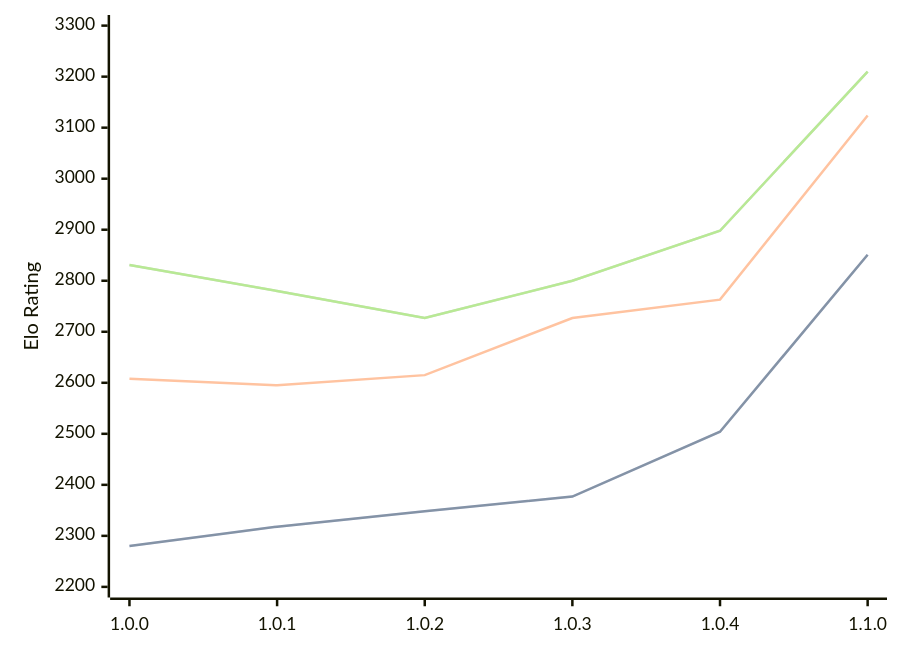
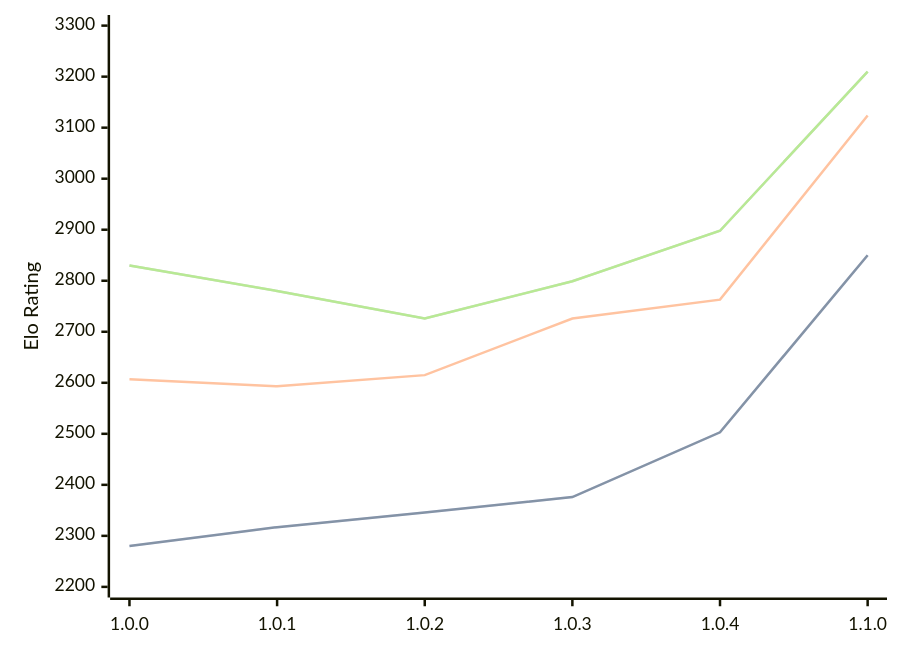
The diagram in engines/Grail.md (computer-chess-index/cci), drawn with Mermaid before and after one commit. The commit also changed other lines of this file, not shown here.

Commit message:
Update CCI Ratings (ELO VLTC) - 2026-03-09

````diff
--- a/engines/Grail.md
+++ b/engines/Grail.md
@@ -34,11 +34,11 @@
 ```mermaid
 %%{init: {"theme":"base","themeVariables":{"seriesColors:['#a3a3a3','#222221','#faa371']}}}%%
 xychart-beta
   x-axis ["1.0.0", "1.0.1", "1.0.2", "1.0.3", "1.0.4", "1.1.0"]
   y-axis "Elo Rating" 2200 --> 3300
-  line "STC (8.0+0.08s)" [2280, 2318, 2348, 2377, 2504, 2851]
-  line "STC (8.0+0.08s)" [2280, 2318, 2348, 2377, 2504, 2851]
-  line "LTC (60.0+0.60s)" [2608, 2595, 2615, 2727, 2763, 3124]
-  line "VLTC (2m24s+1.12s)" [2831, 2780, 2727, 2800, 2898, 3210]
-  line "VLTC (2m24s+1.12s)" [2831, 2780, 2727, 2800, 2898, 3210]
+  line "STC (8.0+0.08s)" [2280, 2317, 2346, 2376, 2503, 2850]
+  line "STC (8.0+0.08s)" [2280, 2317, 2346, 2376, 2503, 2850]
+  line "LTC (60.0+0.60s)" [2607, 2593, 2615, 2726, 2763, 3124]
+  line "VLTC (2m24s+1.12s)" [2830, 2780, 2726, 2799, 2898, 3210]
+  line "VLTC (2m24s+1.12s)" [2830, 2780, 2726, 2799, 2898, 3210]
 ```
````
